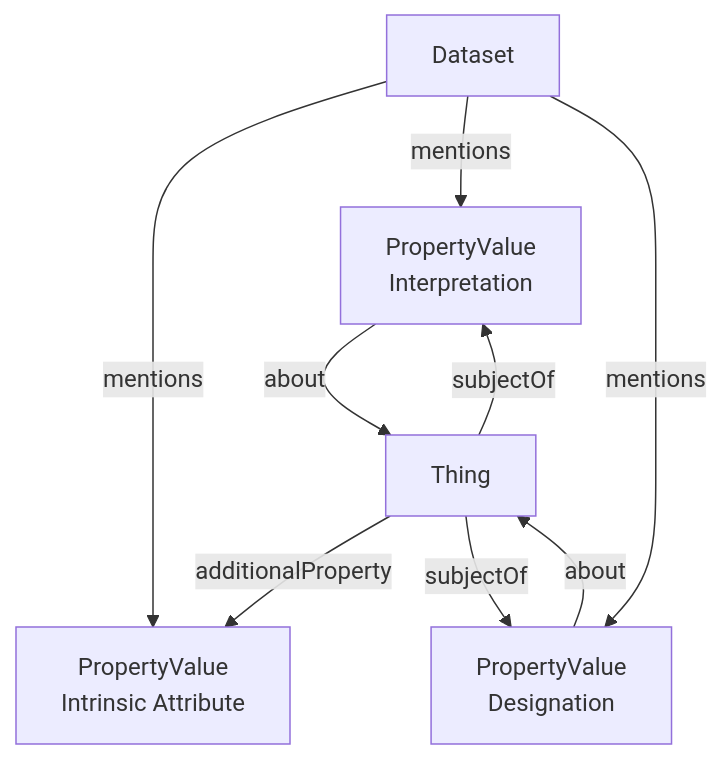
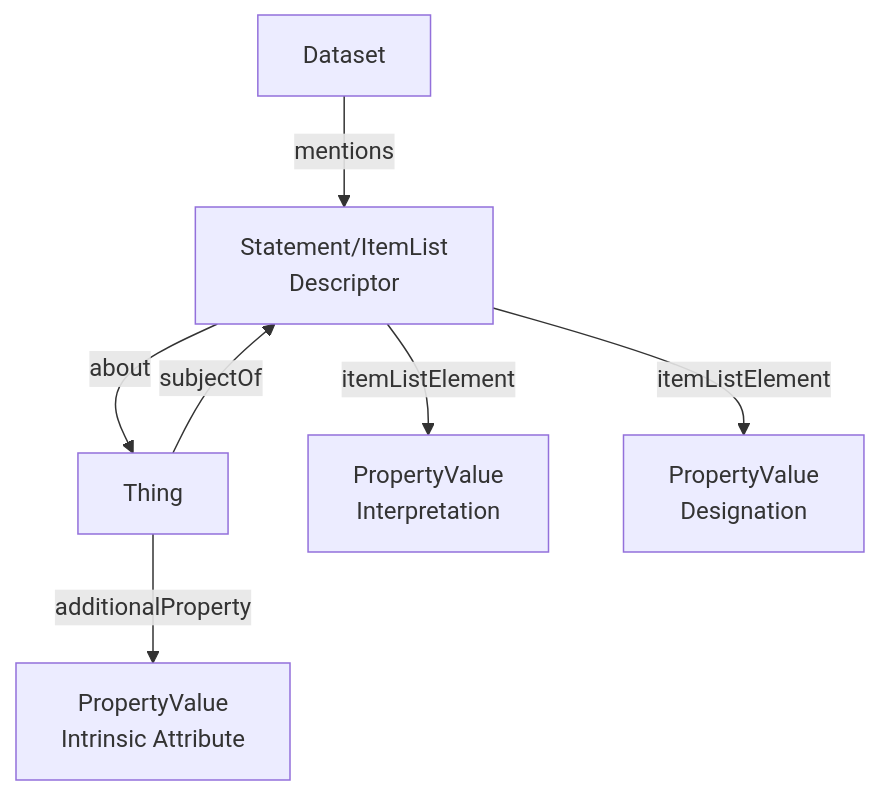
The diagram in docs/profiles/0.1/semantic_designation/index.md (nfdi4plants/arc-ro-crate-profile), drawn with Mermaid before and after one commit. The commit also changed other lines of this file, not shown here.

Commit message:
updated semantic designation profile to contain descriptor objects

````diff
--- a/docs/profiles/0.1/semantic_designation/index.md
+++ b/docs/profiles/0.1/semantic_designation/index.md
@@ -63,23 +63,23 @@
 ```mermaid
 flowchart TD
 
 dataset[Dataset]
 
 thing[Thing]
 
 attr[PropertyValue<br/>Intrinsic Attribute]
 interp[PropertyValue<br/>Interpretation]
 desig[PropertyValue<br/>Designation]
+desc[Statement/ItemList<br/>Descriptor]
 
 thing -- additionalProperty --> attr
 
-thing -- subjectOf --> interp
-thing -- subjectOf --> desig
+thing -- subjectOf --> desc
 
-interp -- about --> thing
-desig -- about --> thing
+desc -- about --> thing
 
-dataset -- mentions --> attr
-dataset -- mentions --> interp
-dataset -- mentions --> desig
+desc -- itemListElement --> interp
+desc -- itemListElement --> desig
+
+dataset -- mentions --> desc
 ```
````
